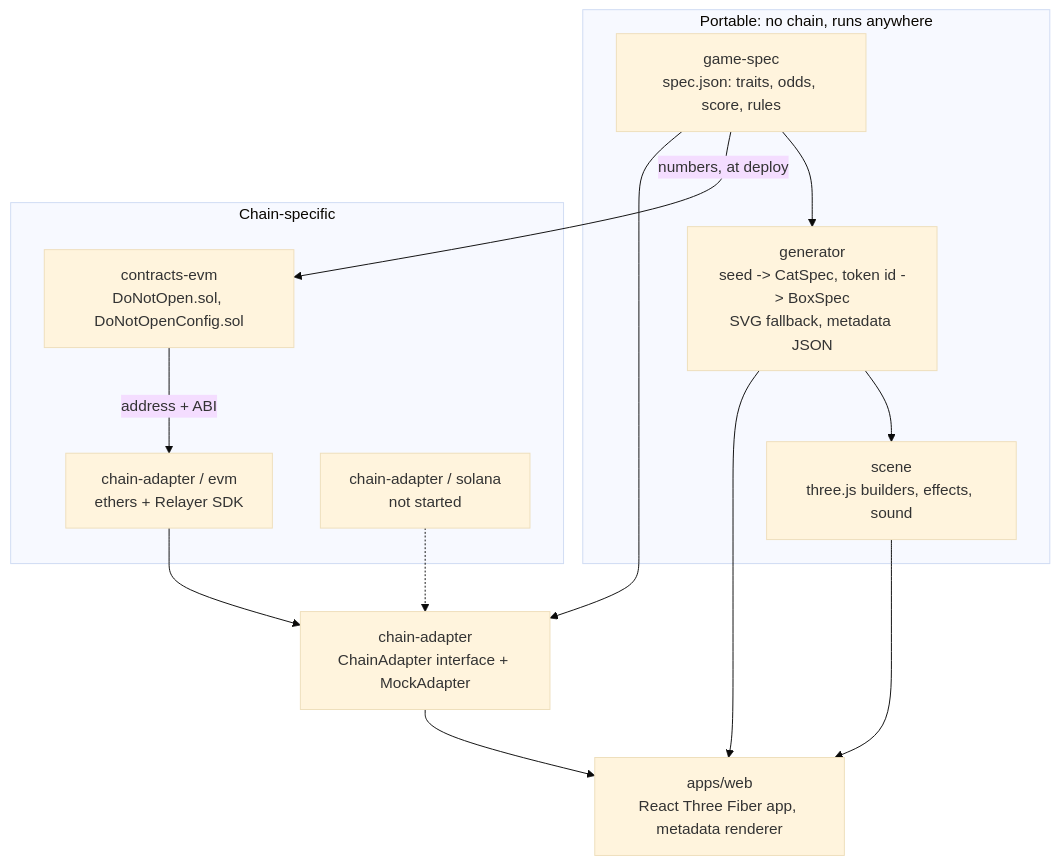
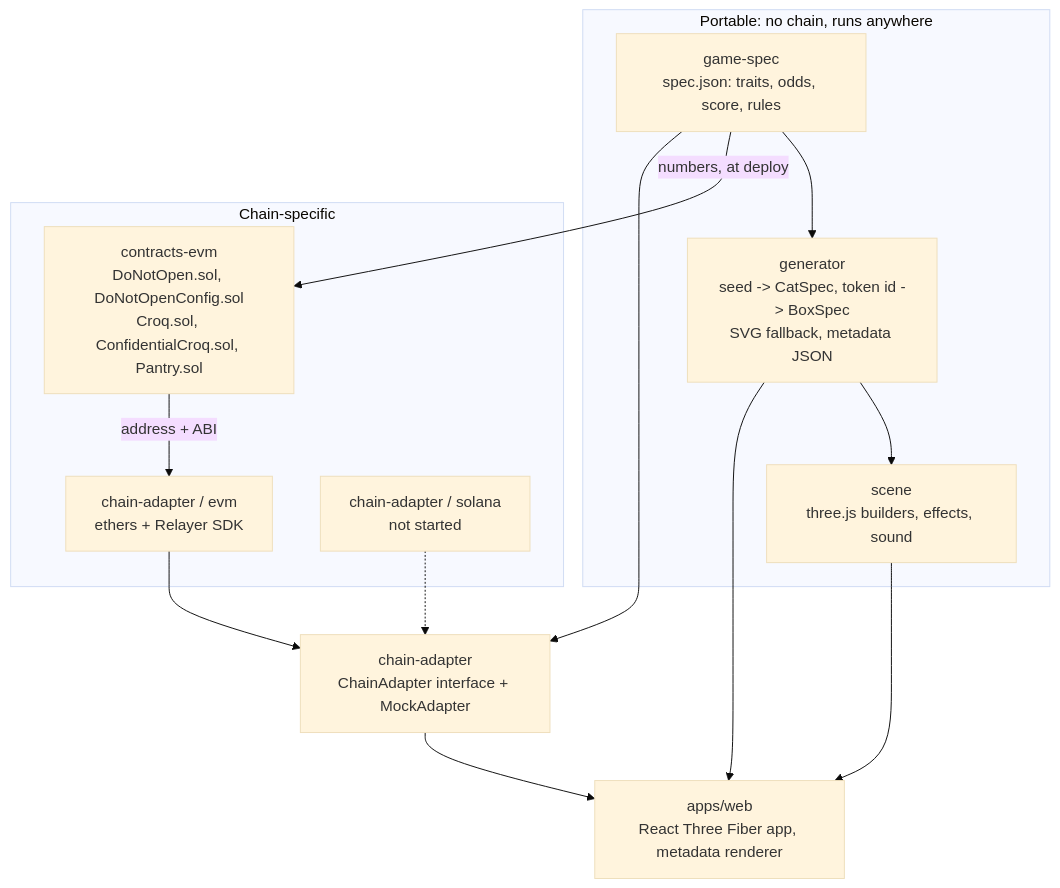
One commit to jecombe/do_not_open changed the first of 6 diagrams in docs/ARCHITECTURE.md. Above: the diagram before and after it, drawn with Mermaid (base theme). The commit also changed other lines of this file and 68 other files, not shown here.

````diff
--- a/docs/ARCHITECTURE.md
+++ b/docs/ARCHITECTURE.md
@@ -5,24 +5,24 @@
 ```mermaid
 flowchart TB
   subgraph portable["Portable: no chain, runs anywhere"]
     spec["game-spec<br/>spec.json: traits, odds, score, rules"]
     gen["generator<br/>seed -> CatSpec, token id -> BoxSpec<br/>SVG fallback, metadata JSON"]
     scene["scene<br/>three.js builders, effects, sound"]
   end
   subgraph chain["Chain-specific"]
-    evm["contracts-evm<br/>DoNotOpen.sol, DoNotOpenConfig.sol"]
+    evm["contracts-evm<br/>DoNotOpen.sol, DoNotOpenConfig.sol<br/>Croq.sol, ConfidentialCroq.sol, Pantry.sol"]
     impl["chain-adapter / evm<br/>ethers + Relayer SDK"]
     sol["chain-adapter / solana<br/>not started"]
   end
   iface["chain-adapter<br/>ChainAdapter interface + MockAdapter"]
   web["apps/web<br/>React Three Fiber app, metadata renderer"]
 
   spec --> gen --> scene --> web
   gen --> web
   spec -- "numbers, at deploy" --> evm
   evm -- "address + ABI" --> impl
   impl --> iface
   sol -.-> iface
   spec --> iface
   iface --> web
 ```
````
